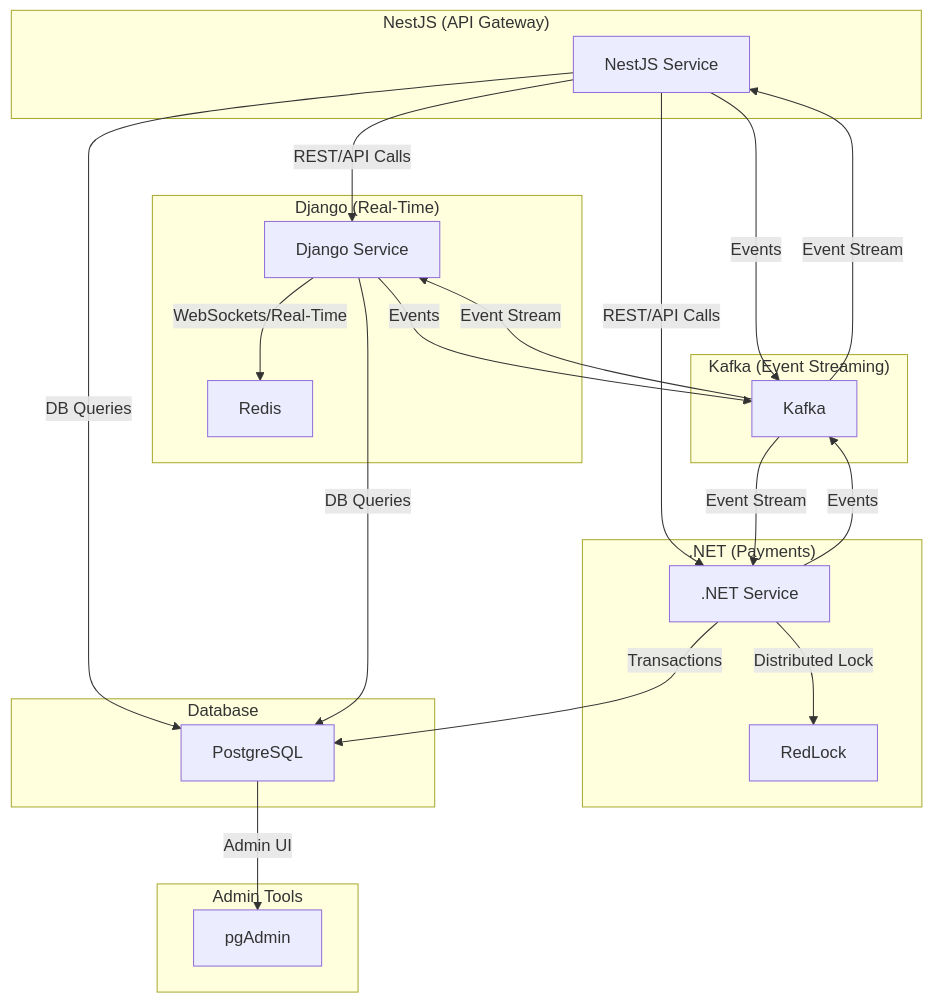
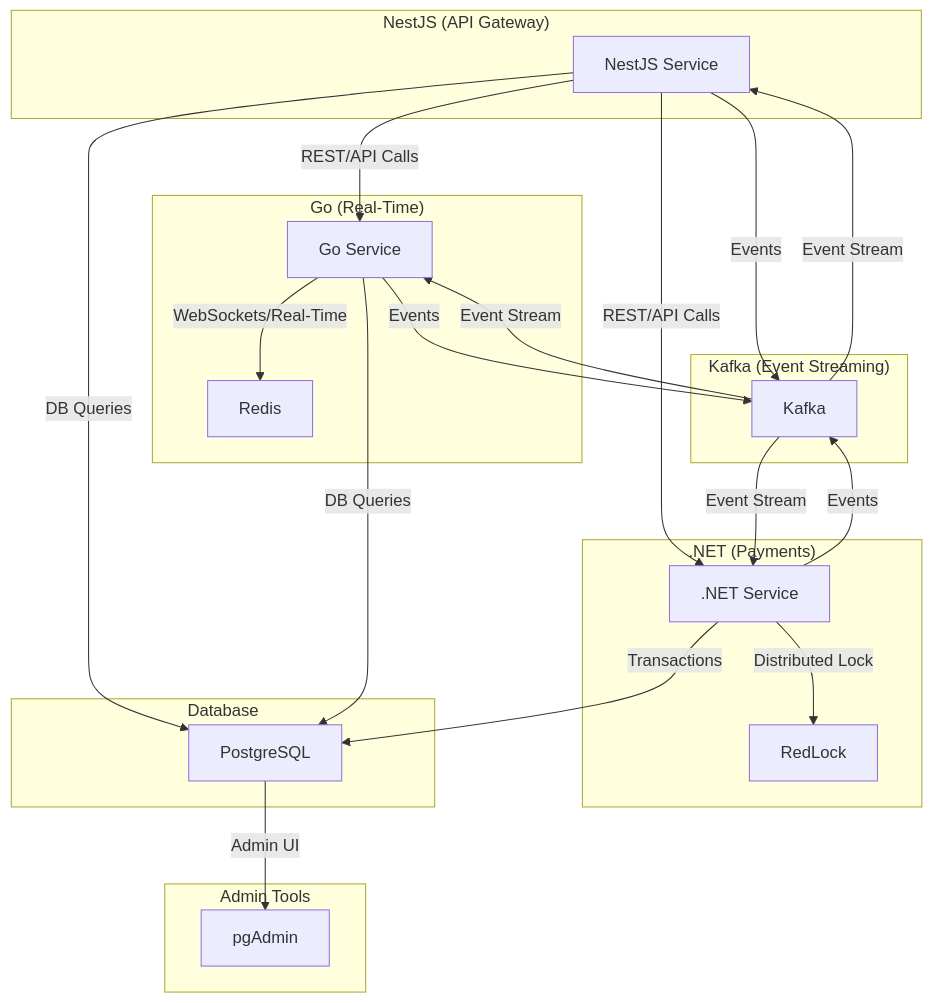
Before and after one commit to mo7amed4522/real_state: the diagram in README.md, drawn with Mermaid. The commit also changed other lines of this file and 6250 other files, not shown here.

````diff
--- a/README.md
+++ b/README.md
@@ -53,38 +53,38 @@
 ```mermaid
 flowchart TD
     subgraph API_Gateway["NestJS (API Gateway)"]
       NEST[NestJS Service]
     end
-    subgraph RealTime["Django (Real-Time)"]
-      DJANGO[Django Service]
+    subgraph RealTime["Go (Real-Time)"]
+      GO[Go Service]
       REDIS[Redis]
     end
     subgraph Payments[".NET (Payments)"]
       DOTNET[.NET Service]
       REDLOCK[RedLock]
     end
     subgraph Messaging["Kafka (Event Streaming)"]
       KAFKA[Kafka]
     end
     subgraph DB["Database"]
       POSTGRES[PostgreSQL]
     end
     subgraph Admin["Admin Tools"]
       PGADMIN[pgAdmin]
     end
 
-    NEST -- REST/API Calls --> DJANGO
+    NEST -- REST/API Calls --> GO
     NEST -- REST/API Calls --> DOTNET
     NEST -- DB Queries --> POSTGRES
     NEST -- Events --> KAFKA
-    DJANGO -- WebSockets/Real-Time --> REDIS
-    DJANGO -- DB Queries --> POSTGRES
-    DJANGO -- Events --> KAFKA
+    GO -- WebSockets/Real-Time --> REDIS
+    GO -- DB Queries --> POSTGRES
+    GO -- Events --> KAFKA
     DOTNET -- Transactions --> POSTGRES
     DOTNET -- Distributed Lock --> REDLOCK
     DOTNET -- Events --> KAFKA
     KAFKA -- Event Stream --> NEST
-    KAFKA -- Event Stream --> DJANGO
+    KAFKA -- Event Stream --> GO
     KAFKA -- Event Stream --> DOTNET
     POSTGRES -- Admin UI --> PGADMIN
 ```
````
